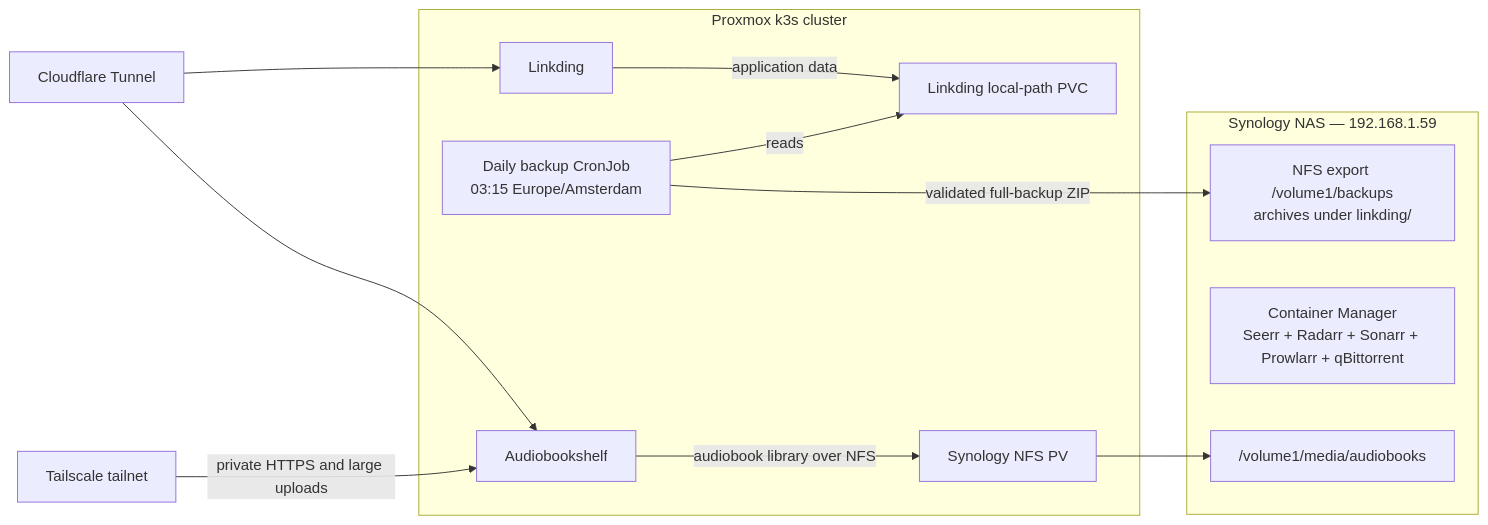
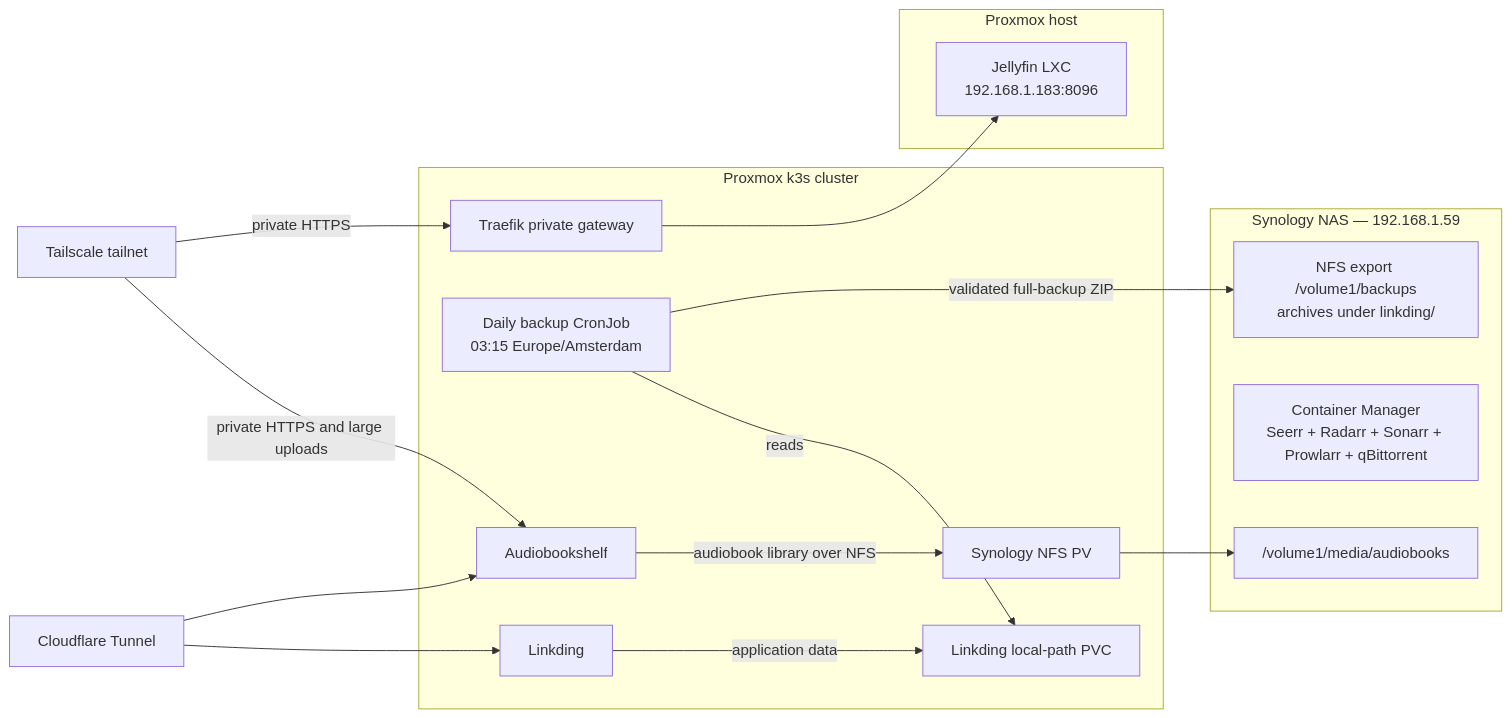
The second of 2 diagrams in README.md (vitaly-guzun/homelab), drawn with Mermaid before and after one commit. The commit also changed other lines of this file and 5 other files, not shown here.

````diff
--- a/README.md
+++ b/README.md
@@ -72,23 +74,30 @@
 ```mermaid
 flowchart LR
     Cloudflare["Cloudflare Tunnel"]
     Tailscale["Tailscale tailnet"]
 
     subgraph K3s["Proxmox k3s cluster"]
         Linkding["Linkding"] -->|"application data"| LinkdingPVC["Linkding local-path PVC"]
         Backup["Daily backup CronJob<br/>03:15 Europe/Amsterdam"] -->|"reads"| LinkdingPVC
         Audiobookshelf["Audiobookshelf"] -->|"audiobook library over NFS"| AudiobooksNFS["Synology NFS PV"]
+        Traefik["Traefik private gateway"]
+    end
+
+    subgraph Proxmox["Proxmox host"]
+        Jellyfin["Jellyfin LXC<br/>192.168.1.183:8096"]
     end
 
     subgraph NAS["Synology NAS — 192.168.1.59"]
         NFS["NFS export /volume1/backups<br/>archives under linkding/"]
         Media["Container Manager<br/>Seerr + Radarr + Sonarr + Prowlarr + qBittorrent"]
         Audiobooks["/volume1/media/audiobooks"]
     end
 
     Cloudflare --> Linkding
     Cloudflare --> Audiobookshelf
     Tailscale -->|"private HTTPS and large uploads"| Audiobookshelf
+    Tailscale -->|"private HTTPS"| Traefik
+    Traefik --> Jellyfin
     Backup -->|"validated full-backup ZIP"| NFS
     AudiobooksNFS --> Audiobooks
 ```
````
